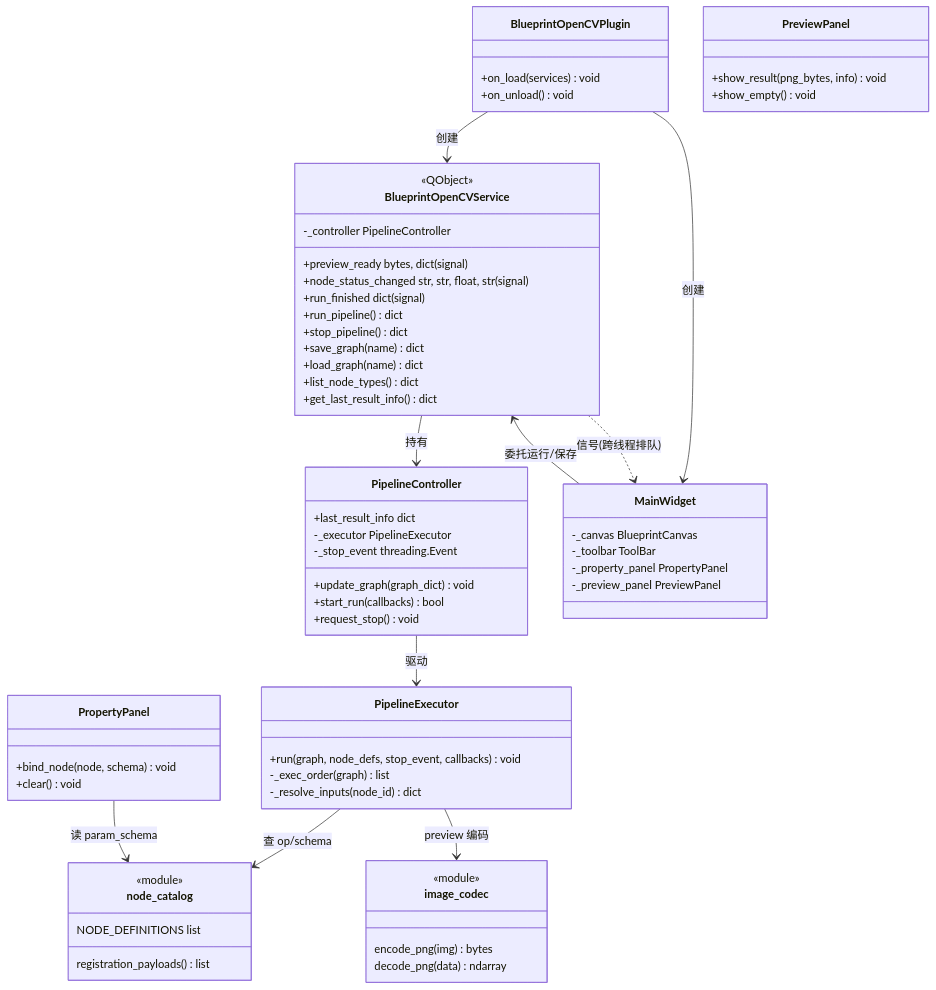
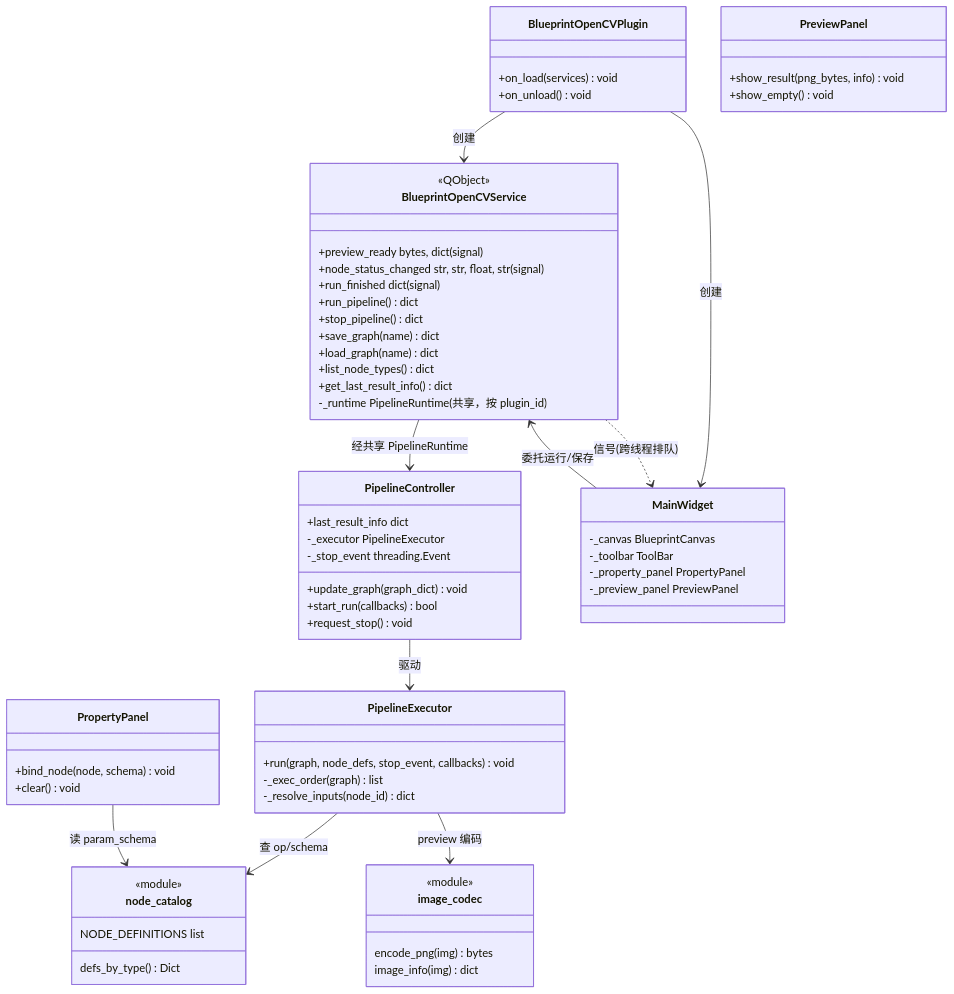
One commit to KKPIP-Tech/instructionx-debug-plugin-cluster changed the second of 4 diagrams in blueprint_opencv/docs/req/2026-07-30/SPEC-blueprint-opencv-20260730.md. Above: the diagram before and after it, drawn with Mermaid. The commit also changed other lines of this file and 3 other files, not shown here.

````diff
--- a/blueprint_opencv/docs/req/2026-07-30/SPEC-blueprint-opencv-20260730.md
+++ b/blueprint_opencv/docs/req/2026-07-30/SPEC-blueprint-opencv-20260730.md
@@ -262,67 +277,67 @@
 ```mermaid
 classDiagram
     class BlueprintOpenCVPlugin {
         +on_load(services) void
         +on_unload() void
     }
     class BlueprintOpenCVService {
         <<QObject>>
         +preview_ready bytes, dict  (signal)
         +node_status_changed str, str, float, str  (signal)
         +run_finished dict  (signal)
         +run_pipeline() dict
         +stop_pipeline() dict
         +save_graph(name) dict
         +load_graph(name) dict
         +list_node_types() dict
         +get_last_result_info() dict
-        -_controller PipelineController
+        -_runtime PipelineRuntime  (共享，按 plugin_id)
     }
     class PipelineController {
         +update_graph(graph_dict) void
         +start_run(callbacks) bool
         +request_stop() void
         +last_result_info dict
         -_executor PipelineExecutor
         -_stop_event threading.Event
     }
     class PipelineExecutor {
         +run(graph, node_defs, stop_event, callbacks) void
         -_exec_order(graph) list
         -_resolve_inputs(node_id) dict
     }
     class node_catalog {
         <<module>>
         NODE_DEFINITIONS list
-        registration_payloads() list
+        defs_by_type() Dict
     }
     class image_codec {
         <<module>>
         encode_png(img) bytes
-        decode_png(data) ndarray
+        image_info(img) dict
     }
     class MainWidget {
         -_canvas BlueprintCanvas
         -_toolbar ToolBar
         -_property_panel PropertyPanel
         -_preview_panel PreviewPanel
     }
     class PropertyPanel {
         +bind_node(node, schema) void
         +clear() void
     }
     class PreviewPanel {
         +show_result(png_bytes, info) void
         +show_empty() void
     }
 
     BlueprintOpenCVPlugin --> BlueprintOpenCVService : 创建
     BlueprintOpenCVPlugin --> MainWidget : 创建
     MainWidget --> BlueprintOpenCVService : 委托运行/保存
-    BlueprintOpenCVService --> PipelineController : 持有
+    BlueprintOpenCVService --> PipelineController : 经共享 PipelineRuntime
     PipelineController --> PipelineExecutor : 驱动
     PipelineExecutor --> node_catalog : 查 op/schema
     PipelineExecutor --> image_codec : preview 编码
     BlueprintOpenCVService ..> MainWidget : 信号(跨线程排队)
     PropertyPanel --> node_catalog : 读 param_schema
 ```
````
